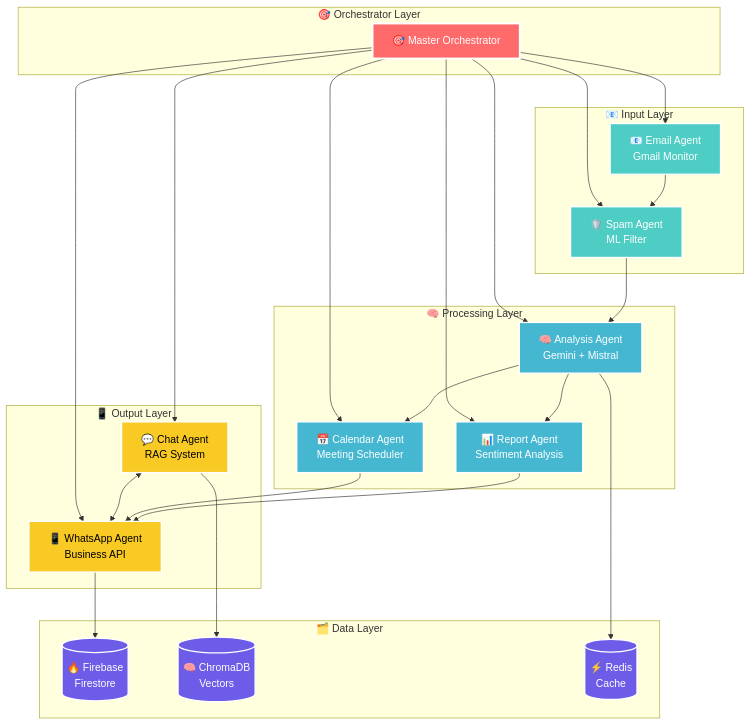
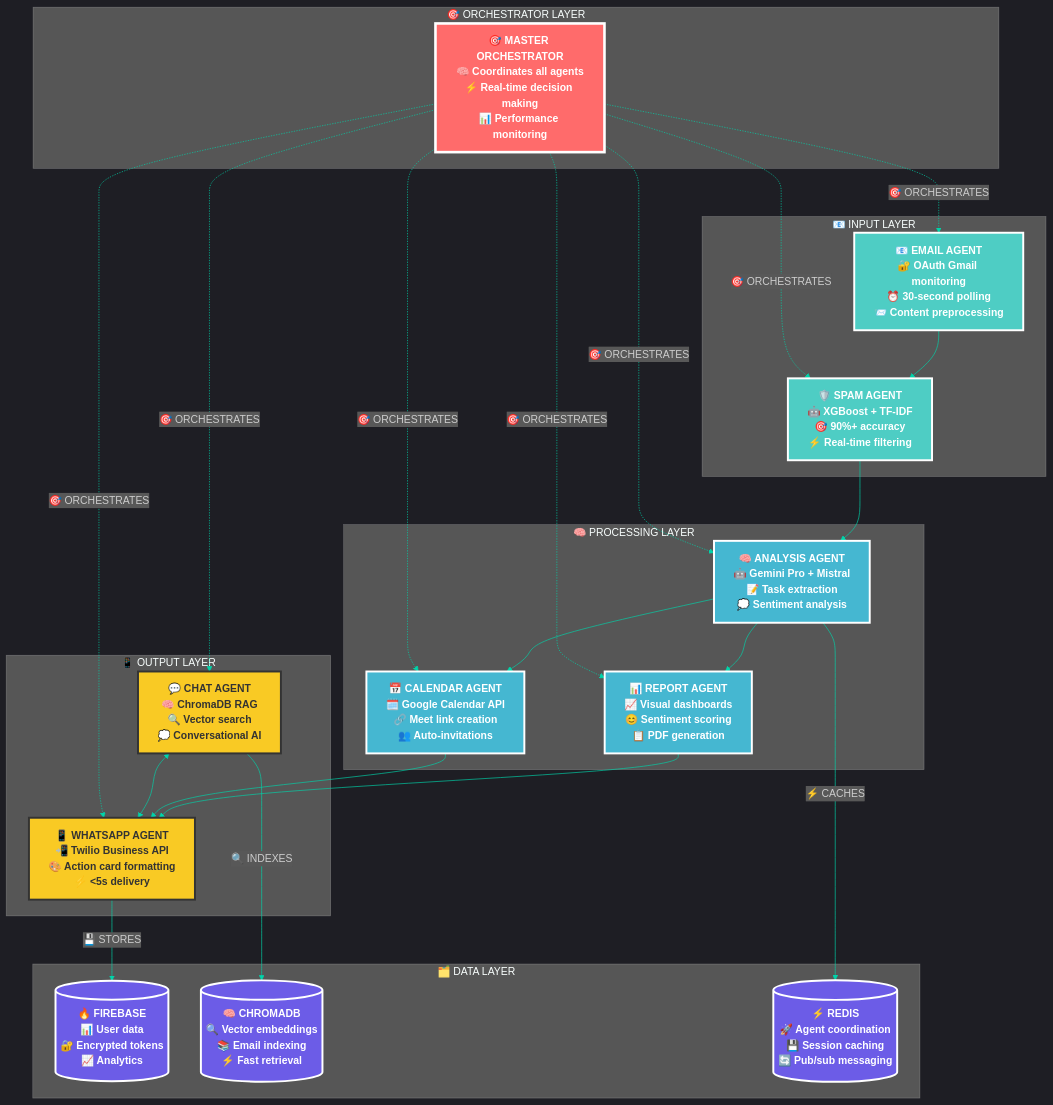
The diagram in README.md (auraCodesKM/kavin), drawn with Mermaid before and after one commit. The commit also changed other lines of this file, not shown here.

````diff
--- a/README.md
+++ b/README.md
@@ -171,53 +205,68 @@
 ```mermaid
+%%{init: {
+  'theme': 'dark',
+  'themeVariables': {
+    'primaryColor': '#ff6b6b',
+    'primaryTextColor': '#fff',
+    'primaryBorderColor': '#fff',
+    'lineColor': '#00d4aa',
+    'secondaryColor': '#4ecdc4',
+    'tertiaryColor': '#45b7d1',
+    'background': '#1a1a1a',
+    'mainBkg': '#2d2d2d',
+    'secondBkg': '#3d3d3d'
+  }
+}}%%
+
 graph TB
-    subgraph "🎯 Orchestrator Layer"
-        O[🎯 Master Orchestrator]
+    subgraph ORCHESTRATOR ["🎯 ORCHESTRATOR LAYER"]
+        O["🎯 MASTER ORCHESTRATOR<br/>🧠 Coordinates all agents<br/>⚡ Real-time decision making<br/>📊 Performance monitoring"]
     end
     
-    subgraph "📧 Input Layer"
-        A[📧 Email Agent<br/>Gmail Monitor]
-        A --> B[🛡️ Spam Agent<br/>ML Filter]
+    subgraph INPUT ["📧 INPUT LAYER"]
+        A["📧 EMAIL AGENT<br/>🔐 OAuth Gmail monitoring<br/>⏰ 30-second polling<br/>📨 Content preprocessing"]
+        A --> B["🛡️ SPAM AGENT<br/>🤖 XGBoost + TF-IDF<br/>🎯 90%+ accuracy<br/>⚡ Real-time filtering"]
     end
     
-    subgraph "🧠 Processing Layer"
-        B --> C[🧠 Analysis Agent<br/>Gemini + Mistral]
-        C --> D[📊 Report Agent<br/>Sentiment Analysis]
-        C --> E[📅 Calendar Agent<br/>Meeting Scheduler]
+    subgraph PROCESSING ["🧠 PROCESSING LAYER"]
+        B --> C["🧠 ANALYSIS AGENT<br/>🤖 Gemini Pro + Mistral<br/>📝 Task extraction<br/>💭 Sentiment analysis"]
+        C --> D["📊 REPORT AGENT<br/>📈 Visual dashboards<br/>😊 Sentiment scoring<br/>📋 PDF generation"]
+        C --> E["📅 CALENDAR AGENT<br/>🗓️ Google Calendar API<br/>🔗 Meet link creation<br/>👥 Auto-invitations"]
     end
     
-    subgraph "📱 Output Layer"
-        D --> F[📱 WhatsApp Agent<br/>Business API]
+    subgraph OUTPUT ["📱 OUTPUT LAYER"]
+        D --> F["📱 WHATSAPP AGENT<br/>📲 Twilio Business API<br/>🎨 Action card formatting<br/>⚡ <5s delivery"]
         E --> F
-        G[💬 Chat Agent<br/>RAG System] <--> F
+        G["💬 CHAT AGENT<br/>🧠 ChromaDB RAG<br/>🔍 Vector search<br/>💭 Conversational AI"] <--> F
     end
     
-    subgraph "🗂️ Data Layer"
-        H[(🔥 Firebase<br/>Firestore)]
-        I[(🧠 ChromaDB<br/>Vectors)]
-        J[(⚡ Redis<br/>Cache)]
+    subgraph DATA ["🗂️ DATA LAYER"]
+        H[("🔥 FIREBASE<br/>📊 User data<br/>🔐 Encrypted tokens<br/>📈 Analytics")]
+        I[("🧠 CHROMADB<br/>🔍 Vector embeddings<br/>📚 Email indexing<br/>⚡ Fast retrieval")]
+        J[("⚡ REDIS<br/>🚀 Agent coordination<br/>💾 Session caching<br/>🔄 Pub/sub messaging")]
     end
     
-    O --> A
-    O --> B
-    O --> C
-    O --> D
-    O --> E
-    O --> F
-    O --> G
+    O -.->|"🎯 ORCHESTRATES"| A
+    O -.->|"🎯 ORCHESTRATES"| B
+    O -.->|"🎯 ORCHESTRATES"| C
+    O -.->|"🎯 ORCHESTRATES"| D
+    O -.->|"🎯 ORCHESTRATES"| E
+    O -.->|"🎯 ORCHESTRATES"| F
+    O -.->|"🎯 ORCHESTRATES"| G
     
-    F --> H
-    G --> I
-    C --> J
+    F -->|"💾 STORES"| H
+    G -->|"🔍 INDEXES"| I
+    C -->|"⚡ CACHES"| J
     
-    classDef orchestrator fill:#ff6b6b,stroke:#fff,stroke-width:3px,color:#fff
-    classDef input fill:#4ecdc4,stroke:#fff,stroke-width:2px,color:#fff
-    classDef processing fill:#45b7d1,stroke:#fff,stroke-width:2px,color:#fff
-    classDef output fill:#f9ca24,stroke:#fff,stroke-width:2px,color:#000
-    classDef data fill:#6c5ce7,stroke:#fff,stroke-width:2px,color:#fff
+    classDef orchestrator fill:#ff6b6b,stroke:#fff,stroke-width:4px,color:#fff,font-weight:bold
+    classDef input fill:#4ecdc4,stroke:#fff,stroke-width:3px,color:#fff,font-weight:bold
+    classDef processing fill:#45b7d1,stroke:#fff,stroke-width:3px,color:#fff,font-weight:bold
+    classDef output fill:#f9ca24,stroke:#333,stroke-width:3px,color:#333,font-weight:bold
+    classDef data fill:#6c5ce7,stroke:#fff,stroke-width:3px,color:#fff,font-weight:bold
     
     class O orchestrator
     class A,B input
     class C,D,E processing
     class F,G output
     class H,I,J data
 ```
````
